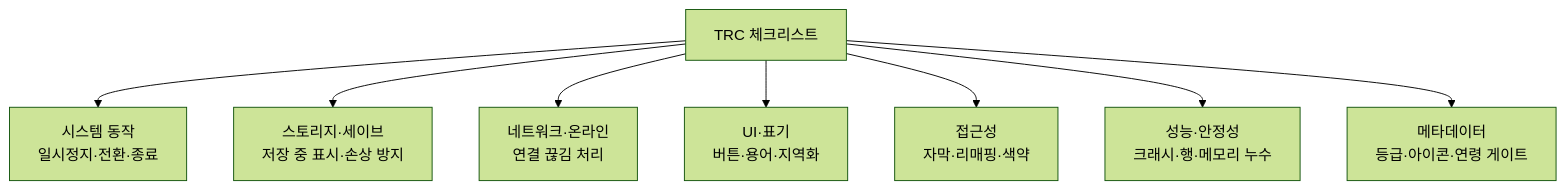
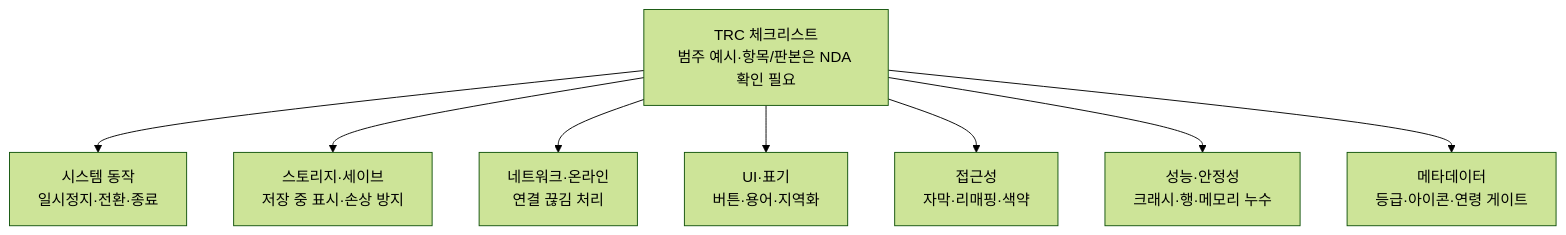
The fourth of 4 diagrams in platform/part02_console.md (Rein-ArXiv/game-dev-curriculum), drawn with Mermaid (forest theme) before and after one commit. The commit also changed other lines of this file and 279 other files, not shown here.

````diff
--- a/platform/part02_console.md
+++ b/platform/part02_console.md
@@ -300,10 +305,10 @@
 ```mermaid
 flowchart TB
-    TRC[TRC 체크리스트] --> Sys[시스템 동작<br/>일시정지·전환·종료]
+    TRC[TRC 체크리스트<br/>범주 예시·항목/판본은 NDA 확인 필요] --> Sys[시스템 동작<br/>일시정지·전환·종료]
     TRC --> Store[스토리지·세이브<br/>저장 중 표시·손상 방지]
     TRC --> Net[네트워크·온라인<br/>연결 끊김 처리]
     TRC --> UI[UI·표기<br/>버튼·용어·지역화]
     TRC --> Acc[접근성<br/>자막·리매핑·색약]
     TRC --> Perf[성능·안정성<br/>크래시·행·메모리 누수]
     TRC --> Meta[메타데이터<br/>등급·아이콘·연령 게이트]
 ```
````
